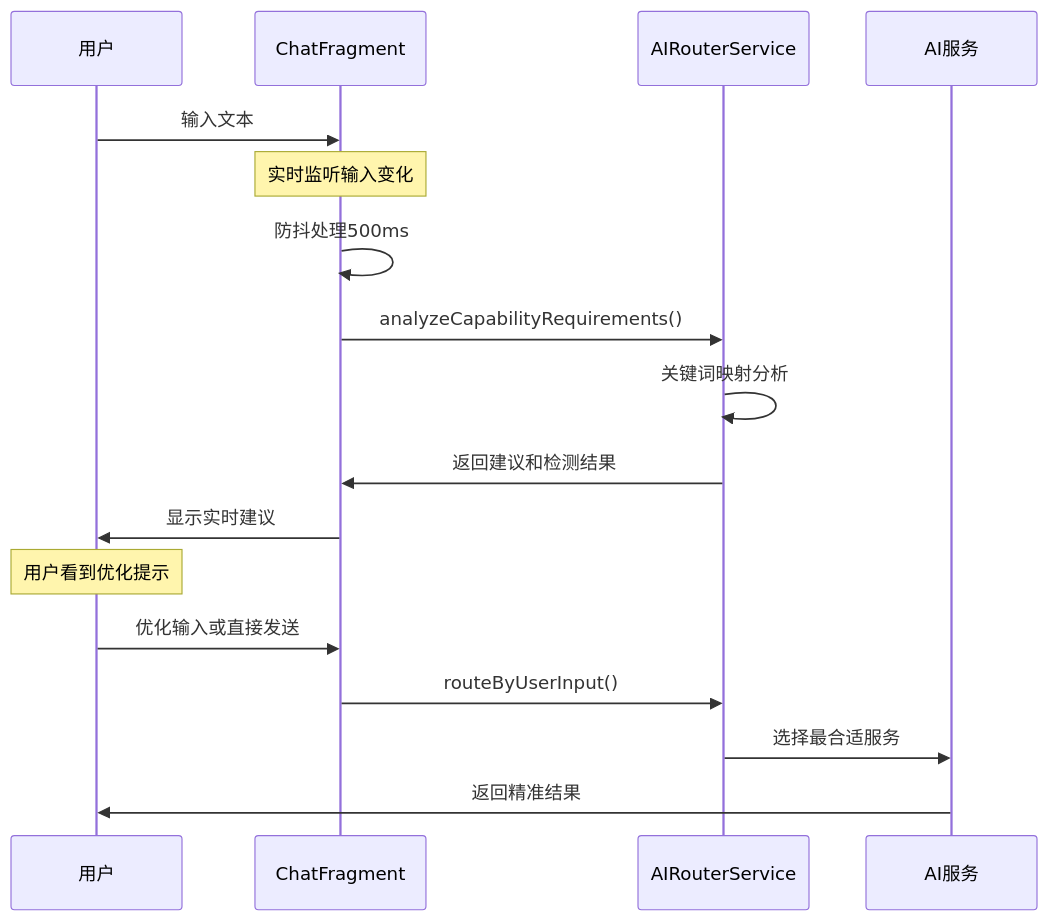
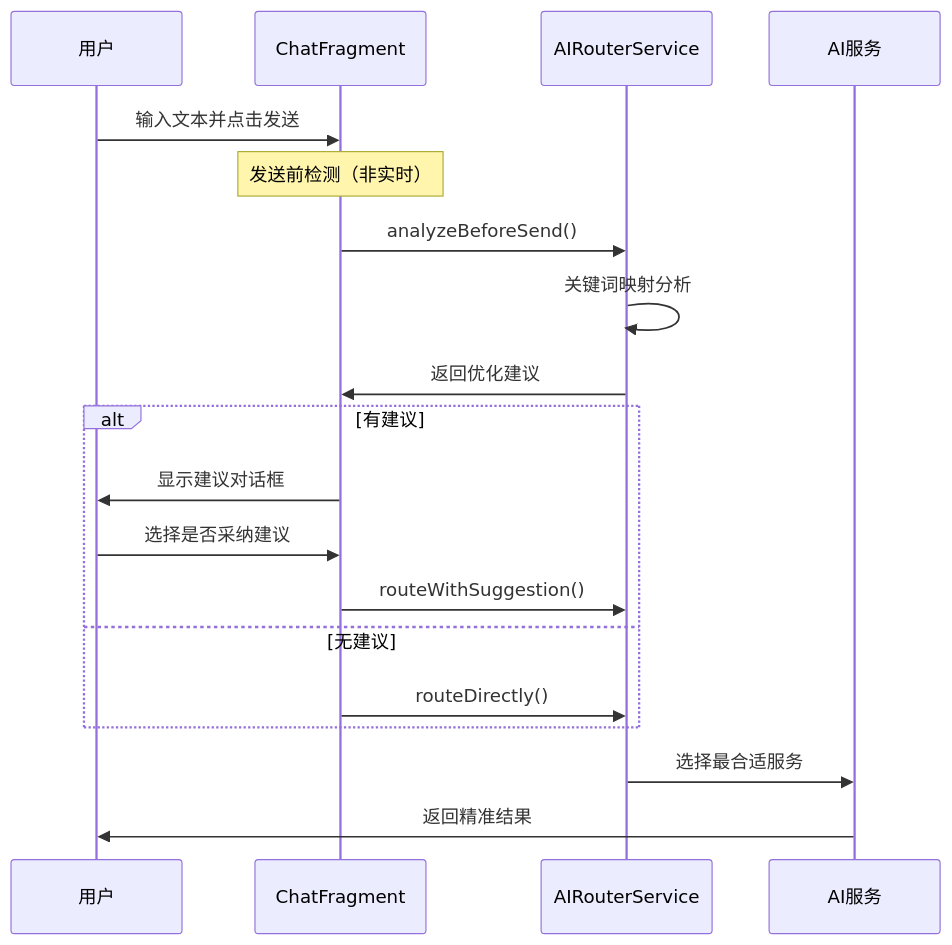
One commit to terminail/autodroid changed diagram 36 of 38 in autodroid-TeachItBack/.superpowers/design/embedded_ai_model_brainstorming_20260125.md. Above: the diagram before and after it, drawn with Mermaid. The commit also changed other lines of this file and 2 other files, not shown here.

````diff
--- a/autodroid-TeachItBack/.superpowers/design/embedded_ai_model_brainstorming_20260125.md
+++ b/autodroid-TeachItBack/.superpowers/design/embedded_ai_model_brainstorming_20260125.md
@@ -2167,20 +2314,22 @@
 ```mermaid
 sequenceDiagram
     participant U as 用户
     participant C as ChatFragment
     participant A as AIRouterService
     participant AI as AI服务
     
-    U->>C: 输入文本
-    Note over C: 实时监听输入变化
-    C->>C: 防抖处理500ms
-    C->>A: analyzeCapabilityRequirements()
+    U->>C: 输入文本并点击发送
+    Note over C: 发送前检测（非实时）
+    C->>A: analyzeBeforeSend()
     A->>A: 关键词映射分析
-    A->>C: 返回建议和检测结果
-    C->>U: 显示实时建议
-    Note over U: 用户看到优化提示
-    U->>C: 优化输入或直接发送
-    C->>A: routeByUserInput()
+    A->>C: 返回优化建议
+    alt 有建议
+        C->>U: 显示建议对话框
+        U->>C: 选择是否采纳建议
+        C->>A: routeWithSuggestion()
+    else 无建议
+        C->>A: routeDirectly()
+    end
     A->>AI: 选择最合适服务
     AI->>U: 返回精准结果
 ```
````
